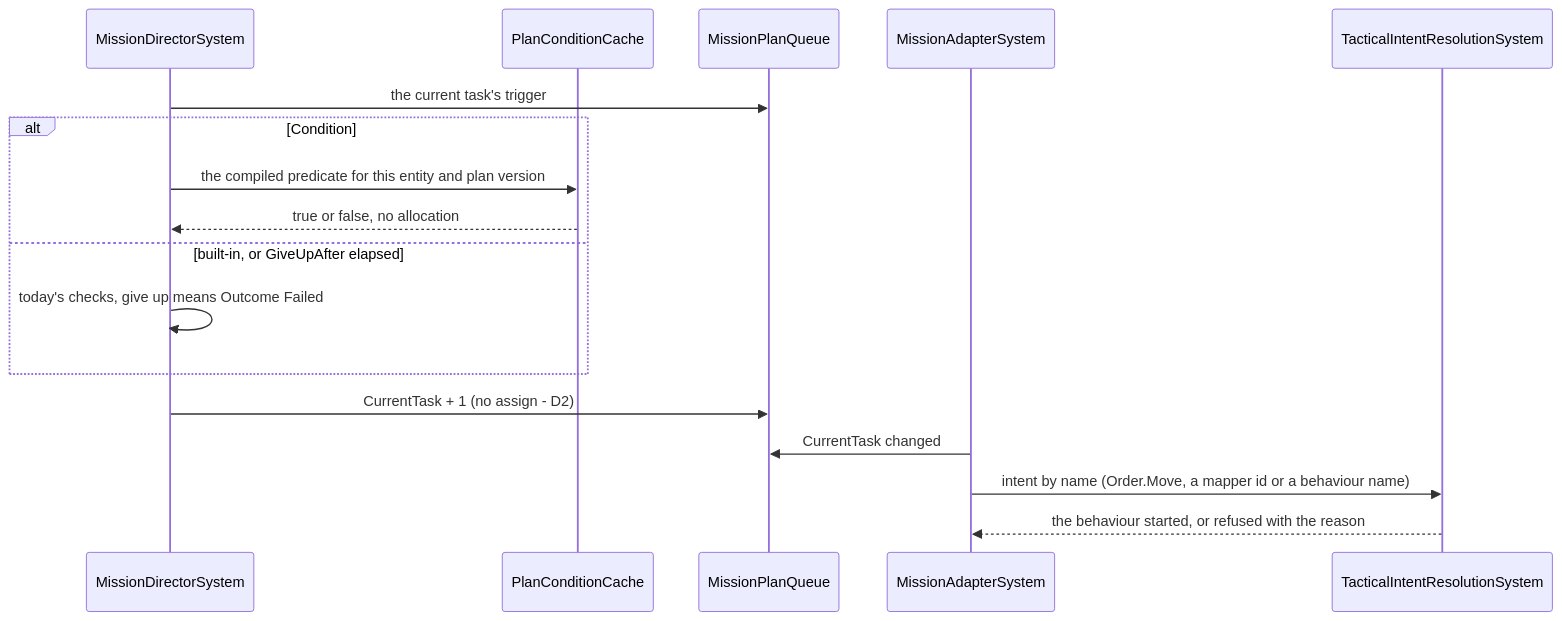
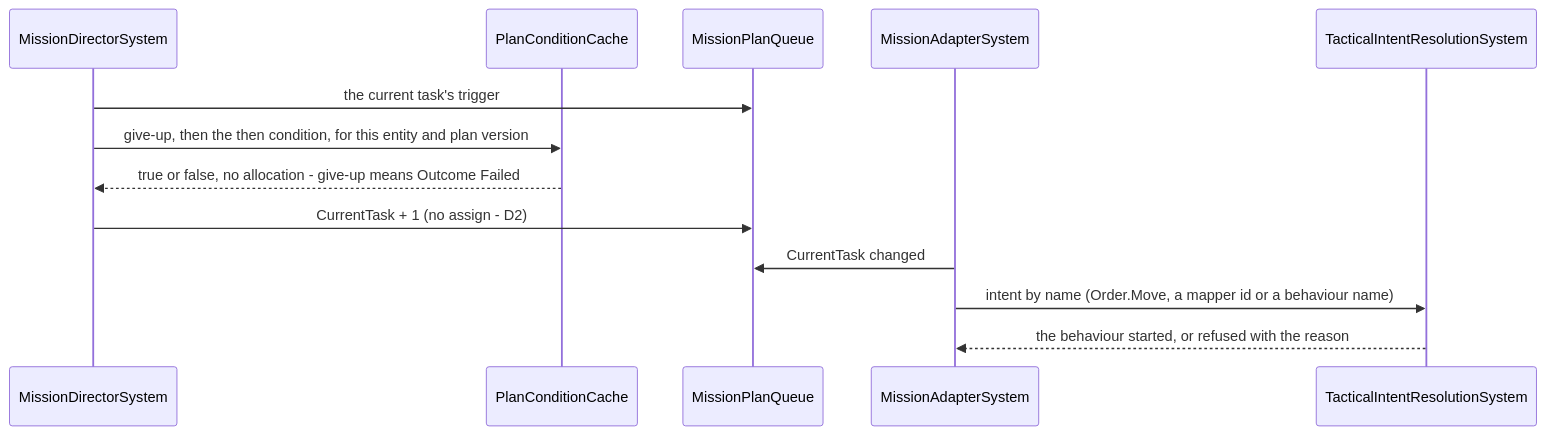
The fourth of 6 diagrams in docs/UX/DESIGN_Mission_Plan_Editor.md (pjanec/HROT), drawn with Mermaid before and after one commit. The commit also changed other lines of this file, not shown here.

First line of the commit message:
Mission plan editor D3/D4 revised: every then / give-up is ONE shared condition (the built-ins are presets over the condition language); old trigger types translated on compile

````diff
--- a/docs/UX/DESIGN_Mission_Plan_Editor.md
+++ b/docs/UX/DESIGN_Mission_Plan_Editor.md
@@ -230,19 +229,15 @@
 ```mermaid
 sequenceDiagram
   participant D as MissionDirectorSystem
   participant C as PlanConditionCache
   participant Q as MissionPlanQueue
   participant A as MissionAdapterSystem
   participant T as TacticalIntentResolutionSystem
   D->>Q: the current task's trigger
-  alt Condition
-    D->>C: the compiled predicate for this entity and plan version
-    C-->>D: true or false, no allocation
-  else built-in, or GiveUpAfter elapsed
-    D->>D: today's checks, give up means Outcome Failed
-  end
+  D->>C: give-up, then the then condition, for this entity and plan version
+  C-->>D: true or false, no allocation - give-up means Outcome Failed
   D->>Q: CurrentTask + 1 (no assign - D2)
   A->>Q: CurrentTask changed
   A->>T: intent by name (Order.Move, a mapper id or a behaviour name)
   T-->>A: the behaviour started, or refused with the reason
 ```
````
